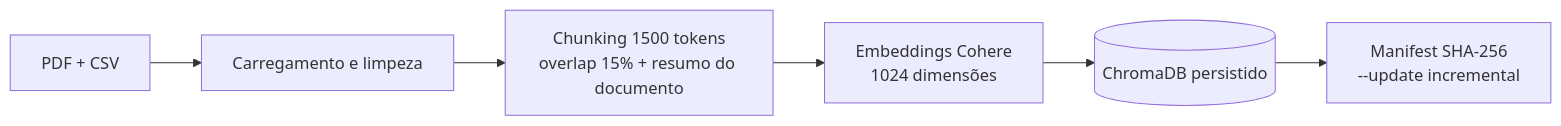
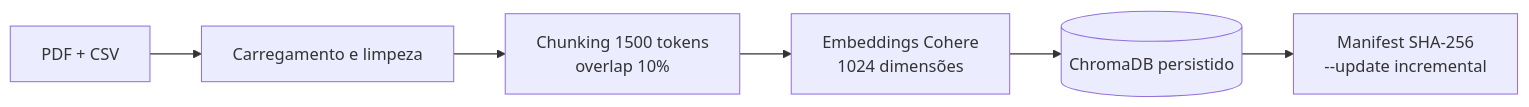
Before and after one commit to FABIOEVERTON/BRACHAT-MAIN: the second of 4 diagrams in portfolio/ezra_curator/README.md, drawn with Mermaid. The commit also changed other lines of this file, not shown here.

Commit message:
docs(ezra_curator): alinhar README com o estado real do código (formatos, fallbacks, eval, roadmap)

````diff
--- a/portfolio/ezra_curator/README.md
+++ b/portfolio/ezra_curator/README.md
@@ -78,8 +77,8 @@
 ```mermaid
 flowchart LR
     D[PDF + CSV] --> P[Carregamento e limpeza]
-    P --> C[Chunking 1500 tokens<br/>overlap 15% + resumo do documento]
+    P --> C[Chunking 1500 tokens<br/>overlap 10%]
     C --> E[Embeddings Cohere<br/>1024 dimensões]
     E --> V[(ChromaDB persistido)]
     V --> M[Manifest SHA-256<br/>--update incremental]
 ```
````
